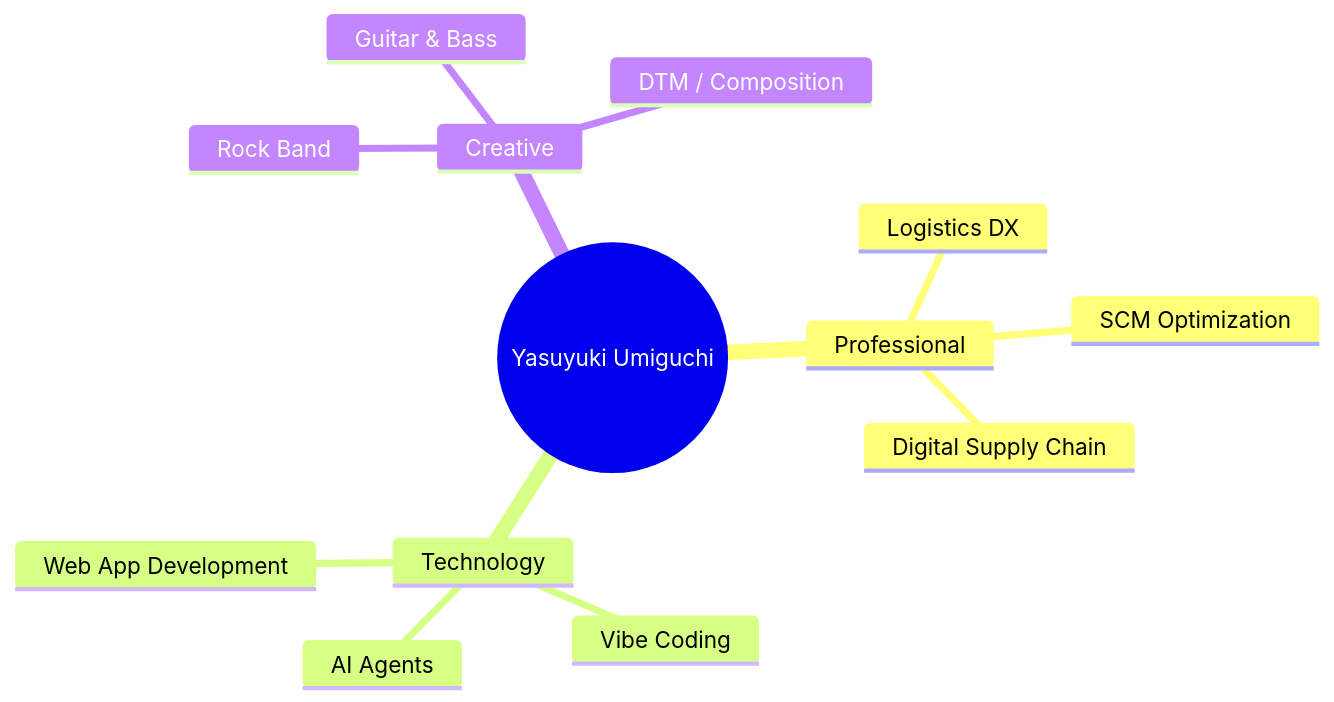
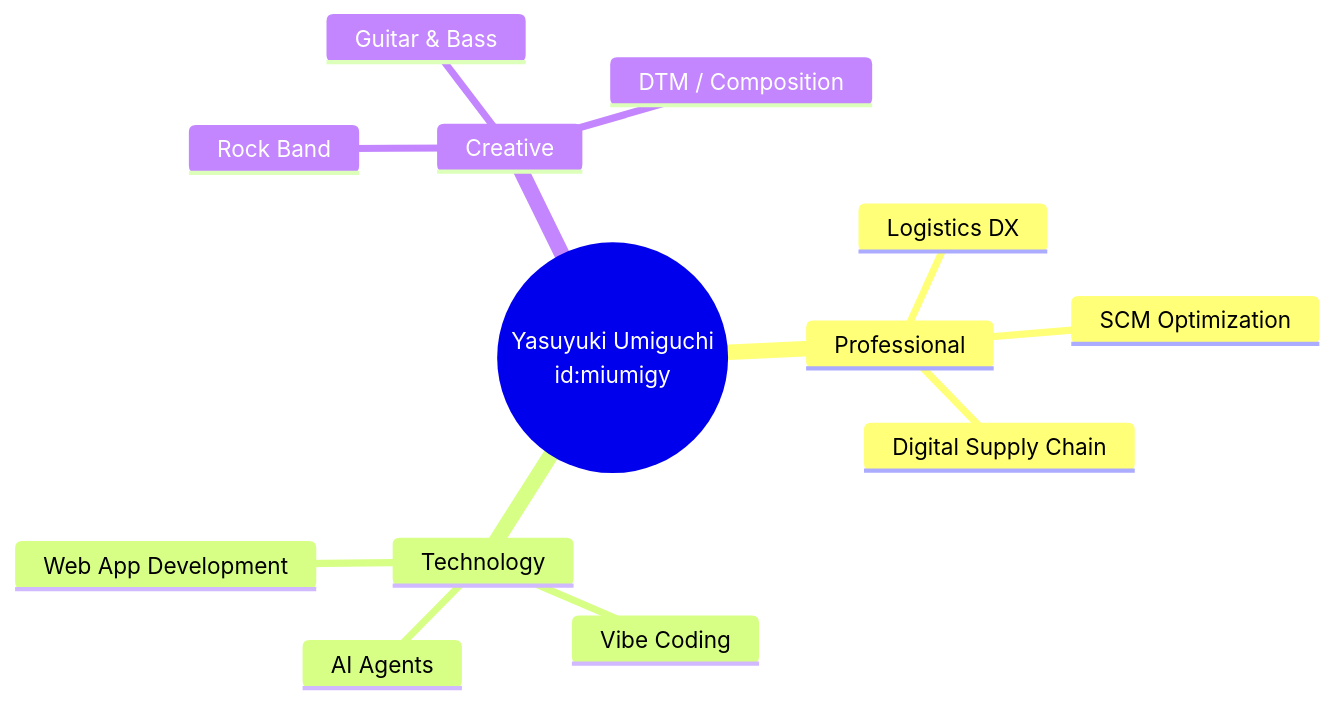
Before and after one commit to miumigy/miumigy: the first of 2 diagrams in README.md, drawn with Mermaid.

Commit message:
README.md を更新

````diff
--- a/README.md
+++ b/README.md
@@ -8,18 +8,18 @@
 ```mermaid
 
 mindmap
-  root((Yasuyuki Umiguchi))
+  root((Yasuyuki Umiguchi<br/>id:miumigy))
     Professional
       Logistics DX
       SCM Optimization
       Digital Supply Chain
     Technology
       AI Agents
       Vibe Coding
       Web App Development
     Creative
       Rock Band
       Guitar & Bass
       DTM / Composition
 
 ```
````
